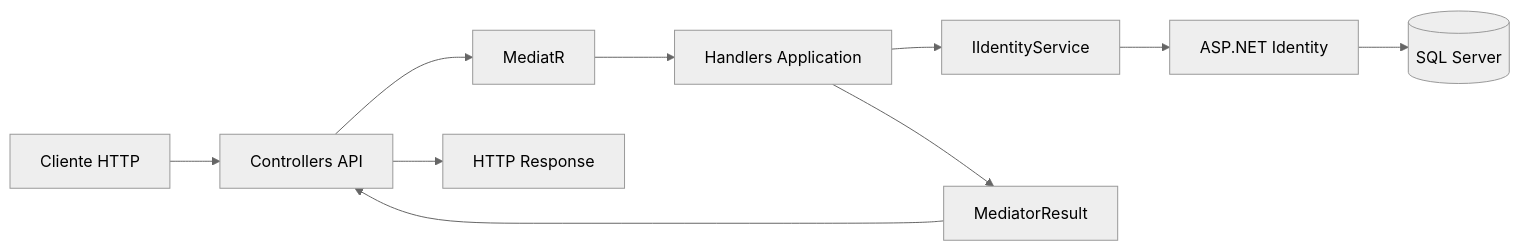
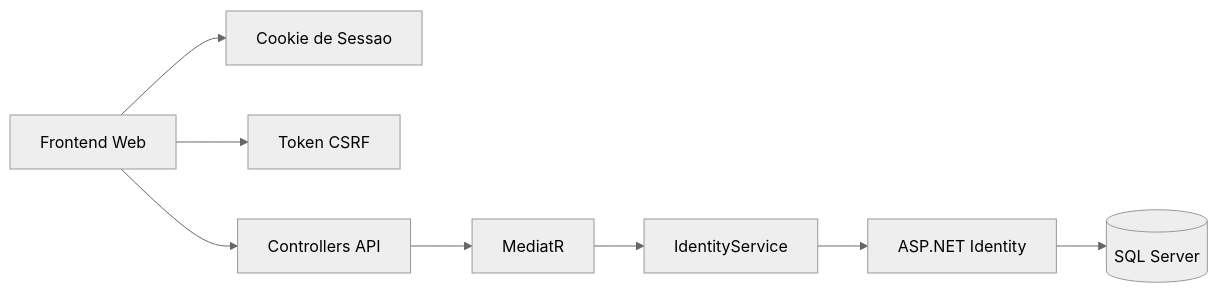
The first of 5 diagrams in backend/README.flows.v2.md (borrago/CashControl), drawn with Mermaid (neutral theme) before and after one commit. The commit also changed other lines of this file and 65 other files, not shown here.

Commit message:
Refactor web auth to cookie session flow

````diff
--- a/backend/README.flows.v2.md
+++ b/backend/README.flows.v2.md
@@ -55,22 +12,19 @@
 ```mermaid
 flowchart LR
-    Client[Cliente HTTP]
+    Client[Frontend Web]
+    Cookie[Cookie de Sessao]
+    Csrf[Token CSRF]
     API[Controllers API]
     MediatR[MediatR]
-    Handlers[Handlers Application]
-    Service[IIdentityService]
+    Service[IdentityService]
     Identity[ASP.NET Identity]
     Db[(SQL Server)]
-    Result[MediatorResult]
-    Response[HTTP Response]
 
+    Client --> Cookie
+    Client --> Csrf
     Client --> API
     API --> MediatR
-    MediatR --> Handlers
-    Handlers --> Service
+    MediatR --> Service
     Service --> Identity
     Identity --> Db
-    Handlers --> Result
-    Result --> API
-    API --> Response
 ```
````
